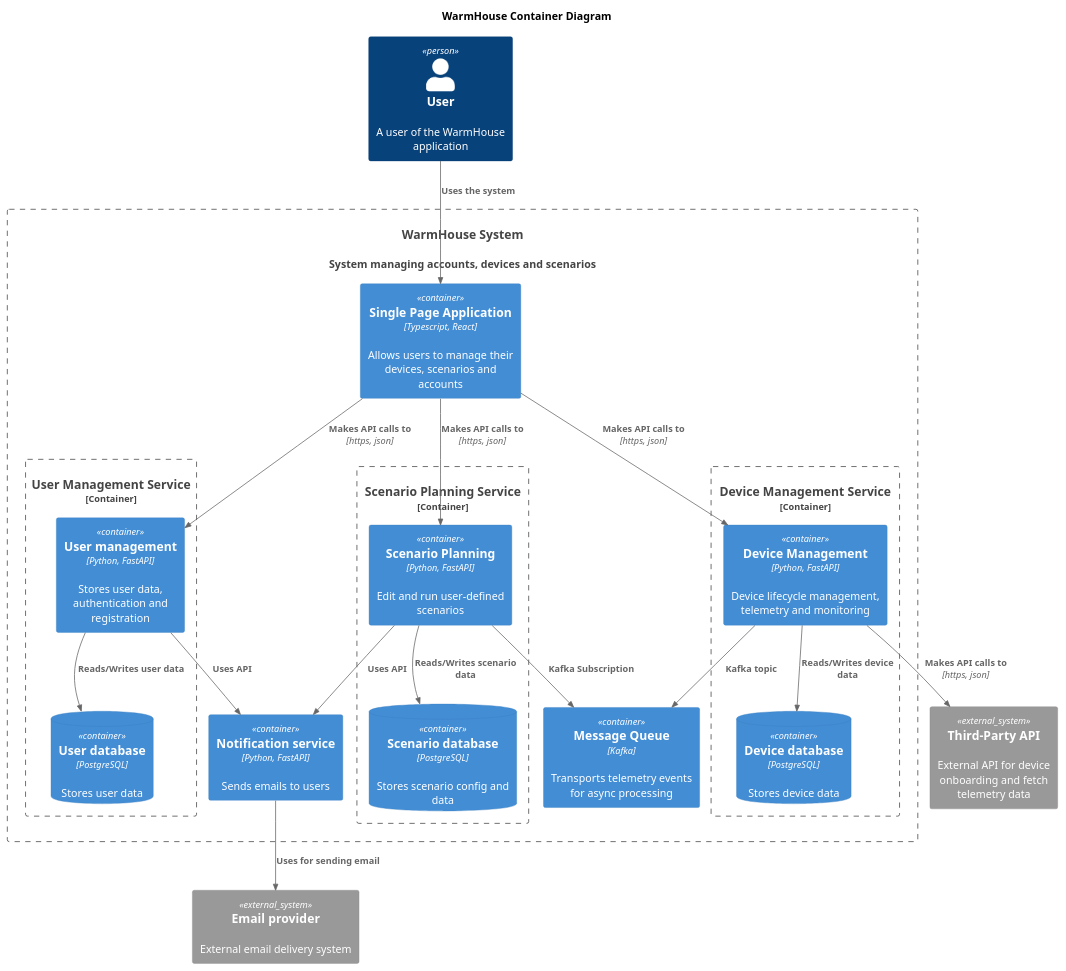
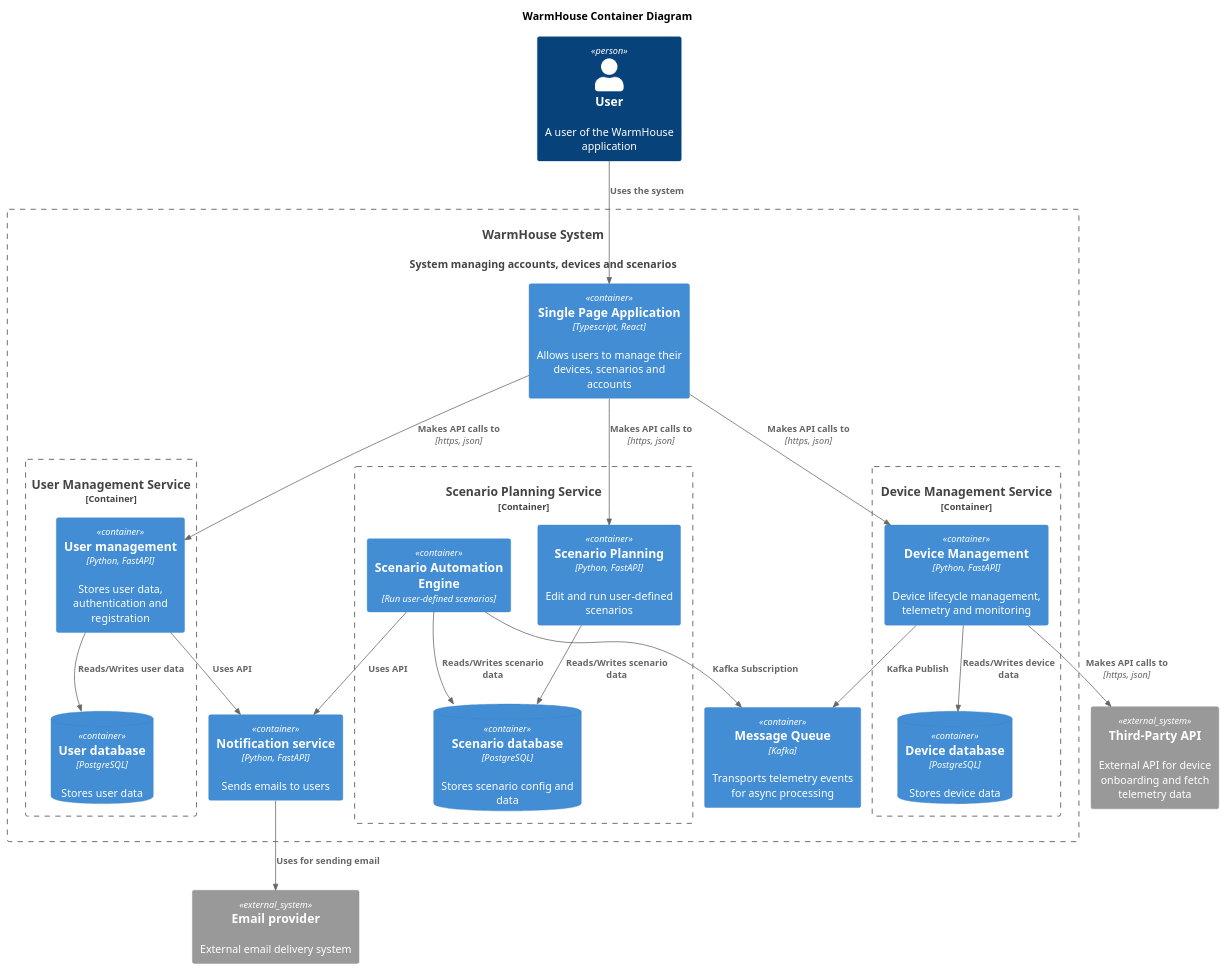
One commit to EvgenyTernovoy/warmhouse changed the diagram in diagrams/Container.puml. Above: the diagram before and after it, drawn with PlantUML. The commit also changed 4 other files, not shown here.

Commit message:
fix: diagrams

```diff
--- a/diagrams/Container.puml
+++ b/diagrams/Container.puml
@@ -1,55 +1,57 @@
 @startuml
 title WarmHouse Container Diagram
 
 top to bottom direction
 
 !includeurl https://raw.githubusercontent.com/RicardoNiepel/C4-PlantUML/master/C4_Component.puml
 
 
 Person(user, "User", "A user of the WarmHouse application")
 System(WarmHouseSystem, "WarmHouse System", "System managing accounts, devices and scenarios")
 
 Container_Boundary(WarmHouseSystem, "WarmHouse System") {
 
   Container(WebApp, "Single Page Application", "Typescript, React", "Allows users to manage their devices, scenarios and accounts")
   
   Container_Boundary(UserService, "User Management Service") {
     Container(UserManagement, "User management", "Python, FastAPI", "Stores user data, authentication and registration")
     ContainerDb(UserDB, "User database", "PostgreSQL", "Stores user data")
   }
   
   Container(Notification, "Notification service", "Python, FastAPI", "Sends emails to users")
   
   Container_Boundary(ScenarioService, "Scenario Planning Service") { 
     Container(ScenarioPlanning, "Scenario Planning", "Python, FastAPI", "Edit and run user-defined scenarios")
+    Container(ScenarioAutomationEngine, "Scenario Automation Engine", "Run user-defined scenarios")
     ContainerDb(ScenarioDB, "Scenario database", "PostgreSQL", "Stores scenario config and data")
   }
   
   Container(messageQueue, "Message Queue", "Kafka", "Transports telemetry events for async processing")
   
   Container_Boundary(DeviceService, "Device Management Service") {
     Container(DeviceManagement, "Device Management", "Python, FastAPI", "Device lifecycle management, telemetry and monitoring")
     ContainerDb(DeviceDB, "Device database", "PostgreSQL", "Stores device data")
   }
 }
 
 System_Ext(api, "Third-Party API", "External API for device onboarding and fetch telemetry data")
 System_Ext(email, "Email provider", "External email delivery system")
 
 
 Rel(user, WebApp, "Uses the system")
 Rel(WebApp,UserManagement,"Makes API calls to", "https, json")
 Rel(WebApp,DeviceManagement,"Makes API calls to", "https, json")
 Rel(WebApp,ScenarioPlanning,"Makes API calls to", "https, json")
 Rel(UserManagement, UserDB, "Reads/Writes user data")
 Rel(Notification, email, "Uses for sending email")
 Rel(UserManagement, Notification, "Uses API")
-Rel(ScenarioPlanning, Notification, "Uses API")
+Rel(ScenarioAutomationEngine, Notification, "Uses API")
 Rel(ScenarioPlanning, ScenarioDB, "Reads/Writes scenario data")
+Rel(ScenarioAutomationEngine, ScenarioDB, "Reads/Writes scenario data")
 Rel(DeviceManagement, DeviceDB, "Reads/Writes device data")
 Rel(DeviceManagement, api, "Makes API calls to", "https, json")
-Rel(ScenarioPlanning, messageQueue, "Kafka Subscription")
-Rel(DeviceManagement, messageQueue, "Kafka topic")
+Rel(ScenarioAutomationEngine, messageQueue, "Kafka Subscription")
+Rel(DeviceManagement, messageQueue, "Kafka Publish")
 
 
 @enduml 
```
